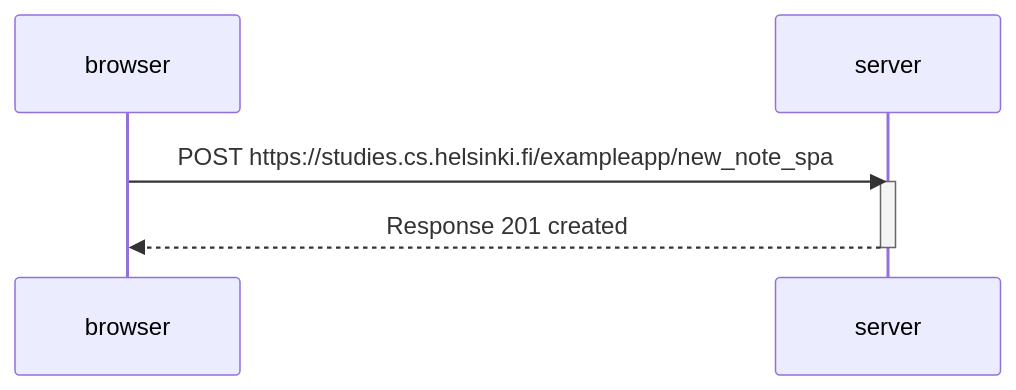
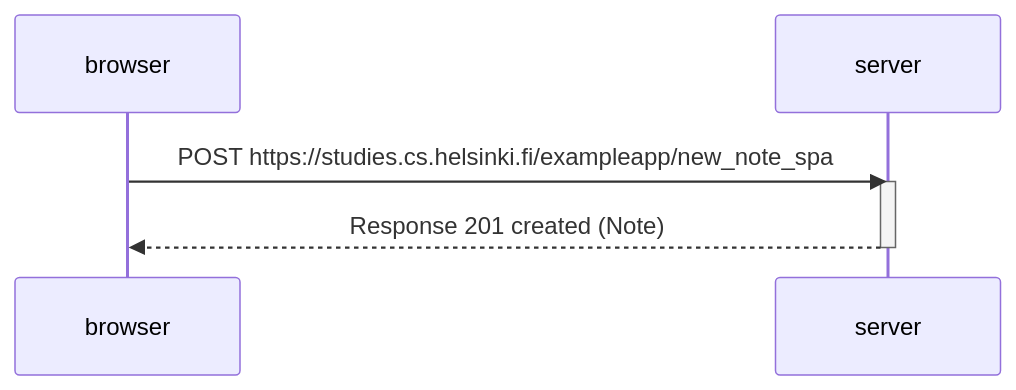
One commit to leeuwa/Fullstack_Helsinki changed the diagram in part0/0_6_Mermaid.md. Above: the diagram before and after it, drawn with Mermaid.

Commit message:
0.6 aangepast

````diff
--- a/part0/0_6_Mermaid.md
+++ b/part0/0_6_Mermaid.md
@@ -1,11 +1,11 @@
 ```mermaid
 sequenceDiagram
     participant browser
     participant server
 
     browser->>server: POST https://studies.cs.helsinki.fi/exampleapp/new_note_spa
     activate server
-    server-->>browser: Response 201 created
+    server-->>browser: Response 201 created (Note)
     deactivate server
 
 ```
````
